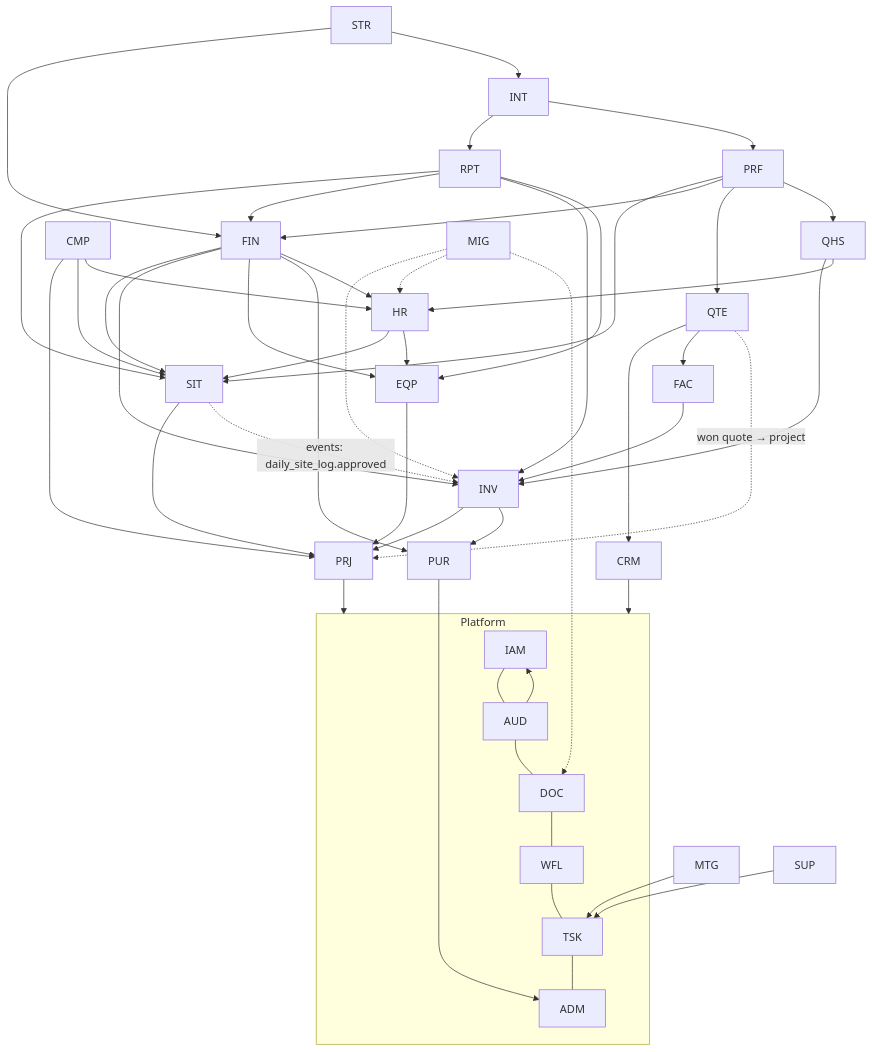
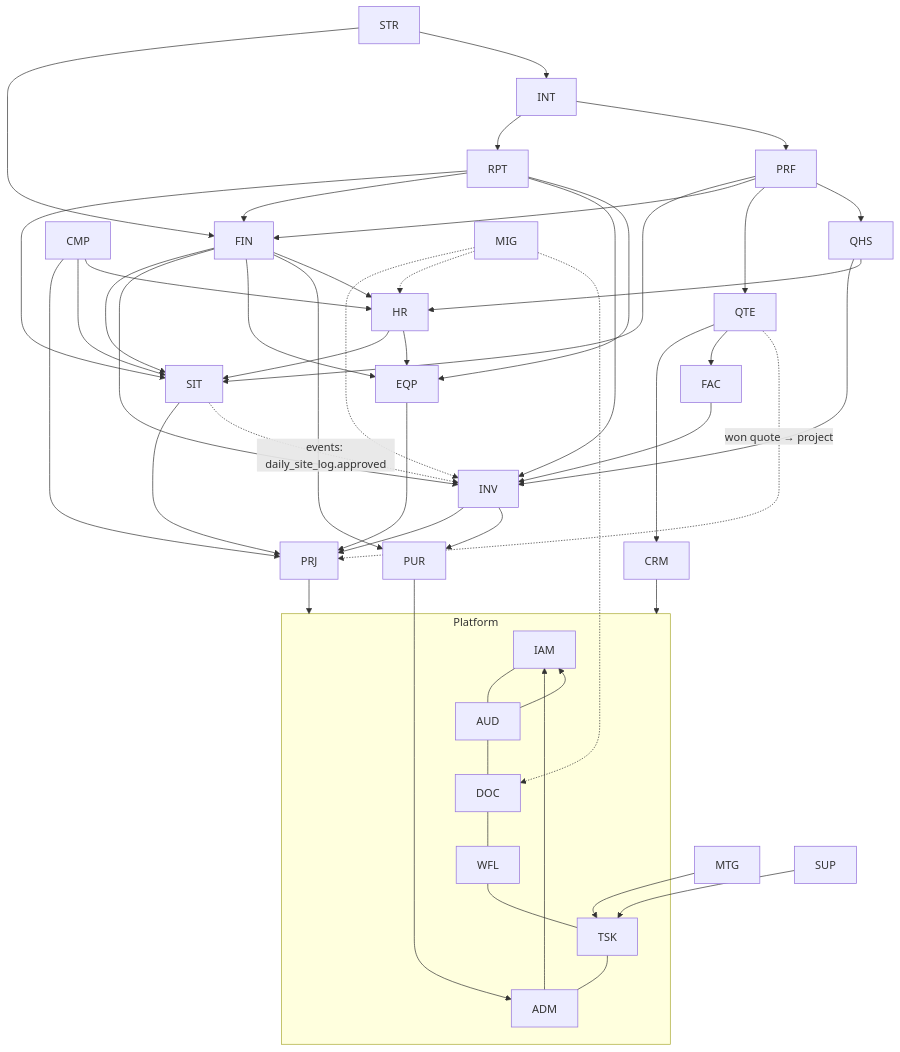
The diagram in docs/architecture/MODULE_MAP.md (erenkarakoc/geoges-panel), drawn with Mermaid before and after one commit. The commit also changed other lines of this file and 32 other files, not shown here.

````diff
--- a/docs/architecture/MODULE_MAP.md
+++ b/docs/architecture/MODULE_MAP.md
@@ -47,49 +47,50 @@
 ```mermaid
 flowchart TB
   subgraph PLATFORM[Platform]
     IAM --- AUD --- DOC --- WFL --- TSK --- ADM
   end
   AUD --> IAM
+  ADM --> IAM
 
   PRJ --> PLATFORM
   SIT --> PRJ
   PUR --> ADM
   INV --> PRJ
   INV --> PUR
   SIT -. "events: daily_site_log.approved" .-> INV
   FAC --> INV
   EQP --> PRJ
   FIN --> SIT
   FIN --> INV
   FIN --> EQP
   FIN --> PUR
   HR --> SIT
   HR --> EQP
   FIN --> HR
   CRM --> PLATFORM
   QTE --> CRM
   QTE --> FAC
   QTE -. "won quote → project" .-> PRJ
   CMP --> PRJ
   CMP --> SIT
   CMP --> HR
   QHS --> INV
   QHS --> HR
   MTG --> TSK
   SUP --> TSK
   RPT --> SIT
   RPT --> FIN
   RPT --> INV
   RPT --> EQP
   PRF --> SIT
   PRF --> FIN
   PRF --> QTE
   PRF --> QHS
   INT --> RPT
   INT --> PRF
   STR --> FIN
   STR --> INT
   MIG -.-> INV
   MIG -.-> HR
   MIG -.-> DOC
 ```
````
